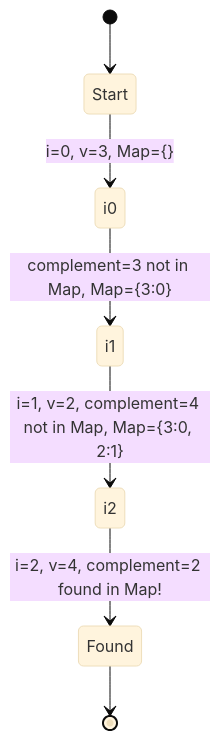
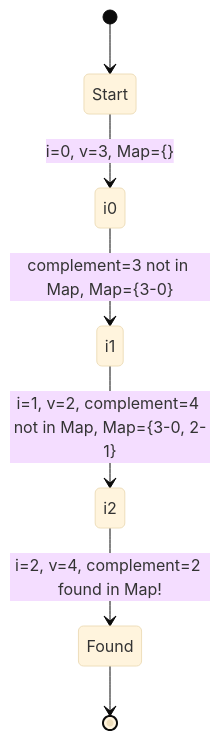
One commit to kimi0230/LeetcodeGolang changed the second of 2 diagrams in docs/Leetcode/0001.Two-Sum/README_solution.md. Above: the diagram before and after it, drawn with Mermaid (base theme). The commit also changed other lines of this file and 1 other file, not shown here.

Commit message:
refactor: enhance visual aids in README for Two-Sum and Add Two Numbers by improving diagram clarity and formatting

````diff
--- a/docs/Leetcode/0001.Two-Sum/README_solution.md
+++ b/docs/Leetcode/0001.Two-Sum/README_solution.md
@@ -83,9 +83,9 @@
 ```mermaid
 stateDiagram-v2
     [*] --> Start
     Start --> i0: i=0, v=3, Map={}
-    i0 --> i1: complement=3 not in Map, Map={3:0}
-    i1 --> i2: i=1, v=2, complement=4 not in Map, Map={3:0, 2:1}
+    i0 --> i1: complement=3 not in Map, Map={3-0}
+    i1 --> i2: i=1, v=2, complement=4 not in Map, Map={3-0, 2-1}
     i2 --> Found: i=2, v=4, complement=2 found in Map!
     Found --> [*]
 ```
````
